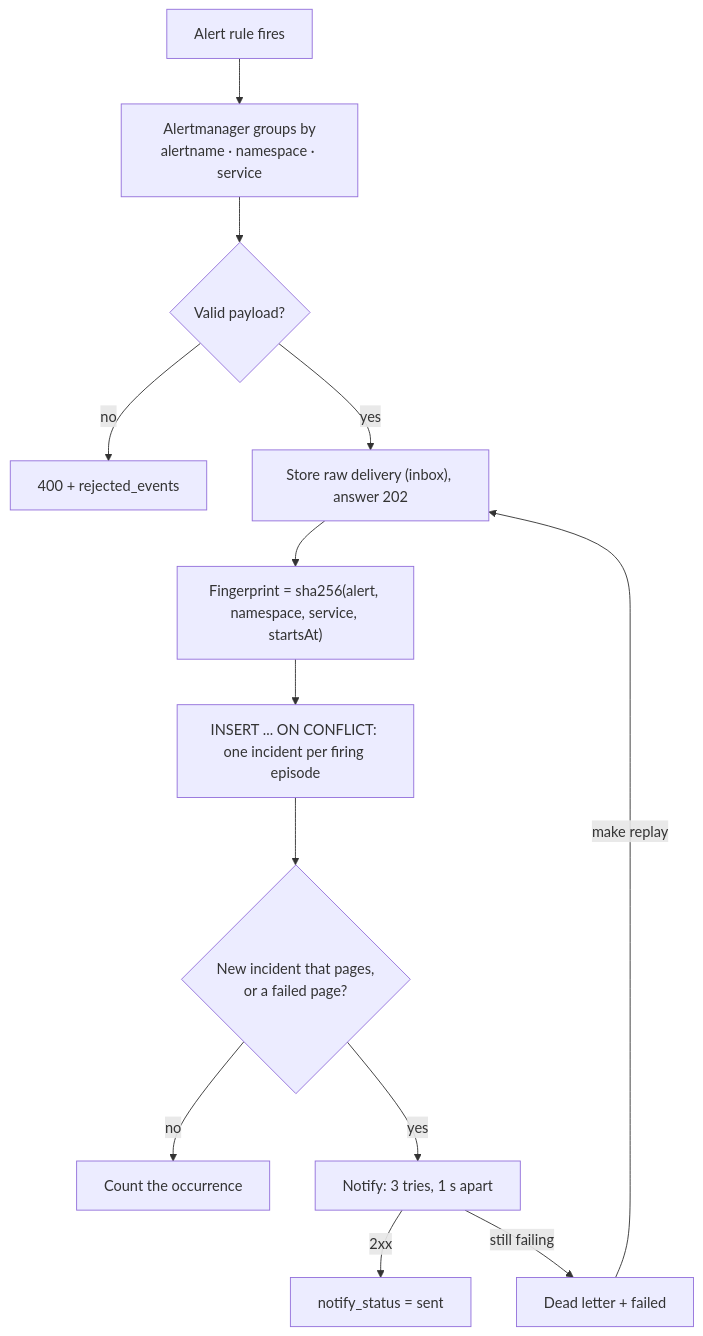
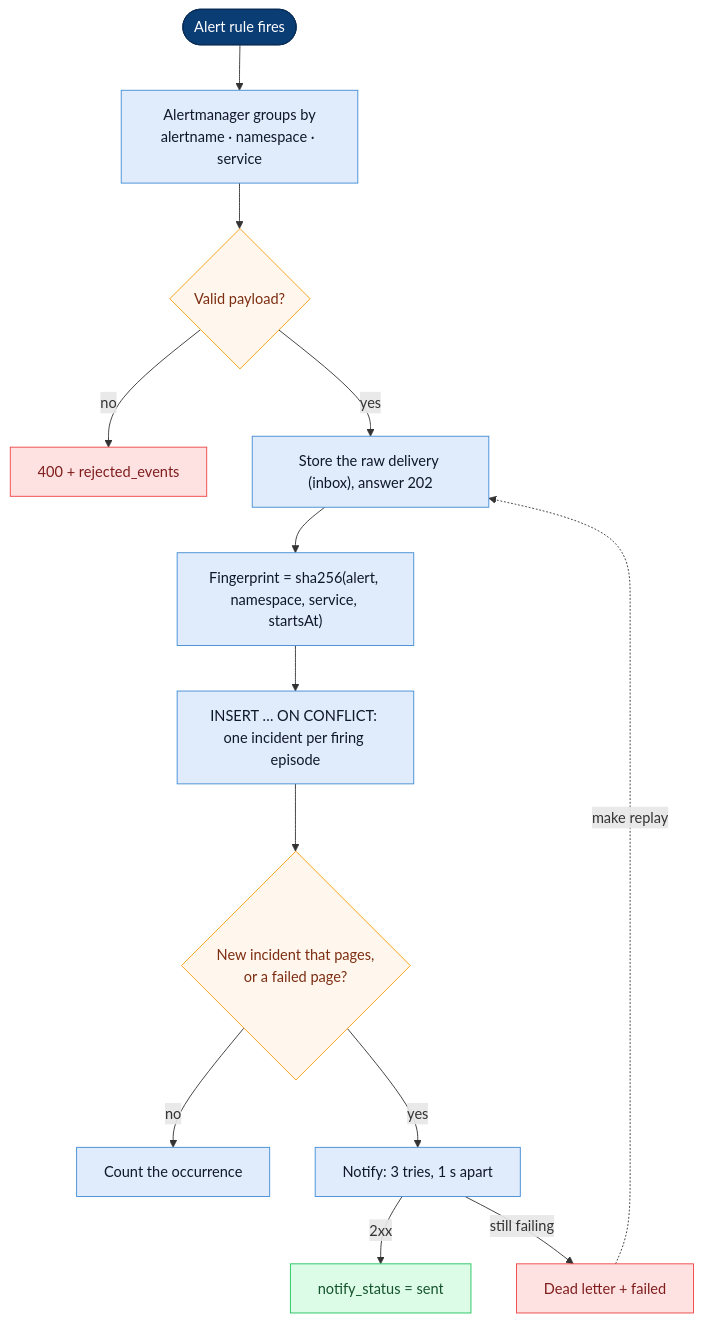
The diagram in diagrams/opscircuit-flow.mmd (vzuliani97/vzuliani97.github.io), drawn with Mermaid before and after one commit. The commit also changed 12 other files, not shown here.

First line of the commit message:
feat: C4-style architecture diagrams (Mermaid, custom theme) for all three projects

```diff
--- a/diagrams/opscircuit-flow.mmd
+++ b/diagrams/opscircuit-flow.mmd
@@ -1,13 +1,18 @@
 flowchart TB
-  R["Alert rule fires"] --> AM["Alertmanager groups by<br/>alertname · namespace · service"]
-  AM --> V{"Valid payload?"}
-  V -->|no| X["400 + rejected_events"]
-  V -->|yes| IN["Store raw delivery (inbox), answer 202"]
-  IN --> F["Fingerprint = sha256(alert, namespace, service, startsAt)"]
-  F --> U["INSERT ... ON CONFLICT: one incident per firing episode"]
-  U --> P{"New incident that pages,<br/>or a failed page?"}
-  P -->|no| D["Count the occurrence"]
-  P -->|yes| N["Notify: 3 tries, 1 s apart"]
-  N -->|2xx| S["notify_status = sent"]
-  N -->|still failing| DL["Dead letter + failed"]
-  DL -->|make replay| IN
+  R(["Alert rule fires"]):::start --> AM["Alertmanager groups by<br/>alertname · namespace · service"]:::step
+  AM --> V{"Valid payload?"}:::decision
+  V -->|no| X["400 + rejected_events"]:::bad
+  V -->|yes| IN["Store the raw delivery (inbox), answer 202"]:::step
+  IN --> F["Fingerprint = sha256(alert, namespace, service, startsAt)"]:::step
+  F --> U["INSERT … ON CONFLICT: one incident per firing episode"]:::step
+  U --> P{"New incident that pages,<br/>or a failed page?"}:::decision
+  P -->|no| D["Count the occurrence"]:::step
+  P -->|yes| N["Notify: 3 tries, 1 s apart"]:::step
+  N -->|2xx| S["notify_status = sent"]:::good
+  N -->|still failing| DL["Dead letter + failed"]:::bad
+  DL -.->|make replay| IN
+  classDef start fill:#0b3d75,stroke:#082c55,color:#ffffff
+  classDef step fill:#e0ecfb,stroke:#438dd5,color:#0f172a
+  classDef decision fill:#fff7ed,stroke:#f59e0b,color:#7c2d12
+  classDef good fill:#dcfce7,stroke:#22c55e,color:#14532d
+  classDef bad fill:#fee2e2,stroke:#ef4444,color:#7f1d1d
```
